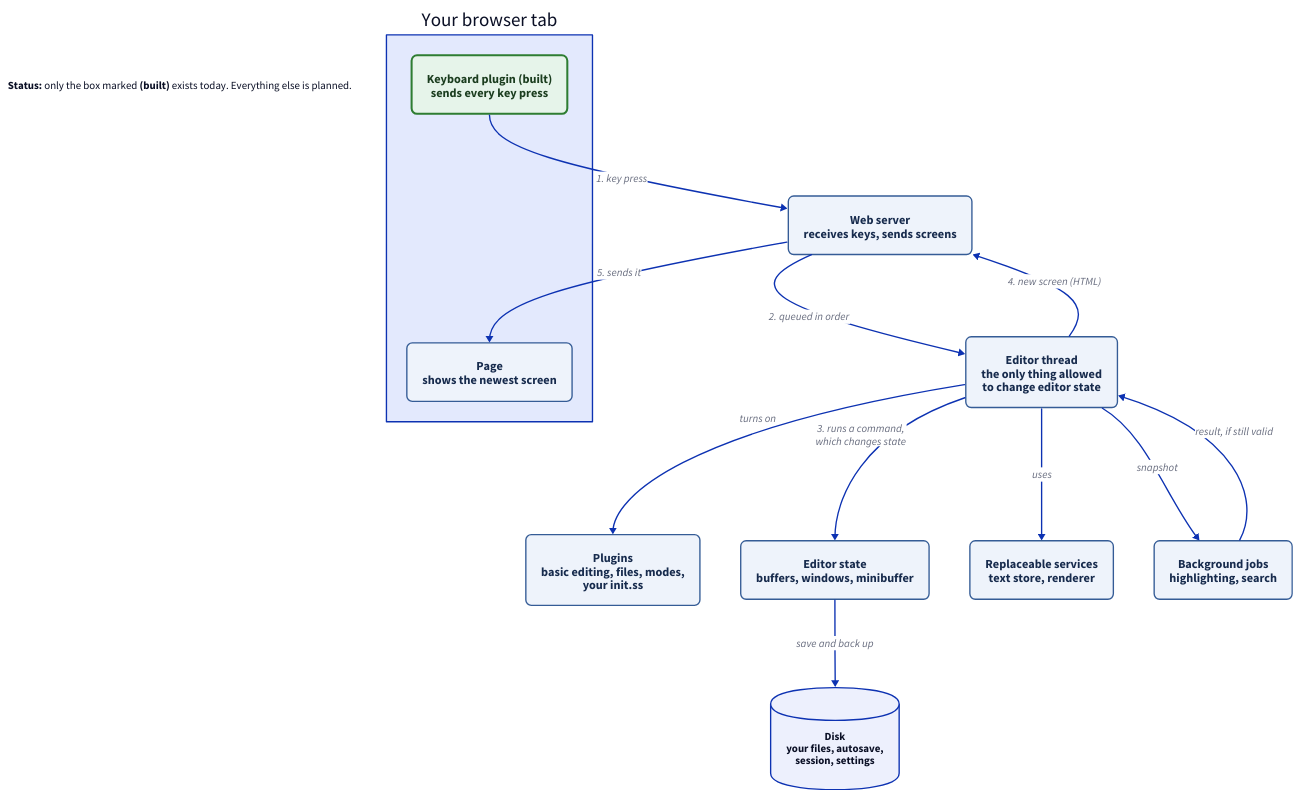
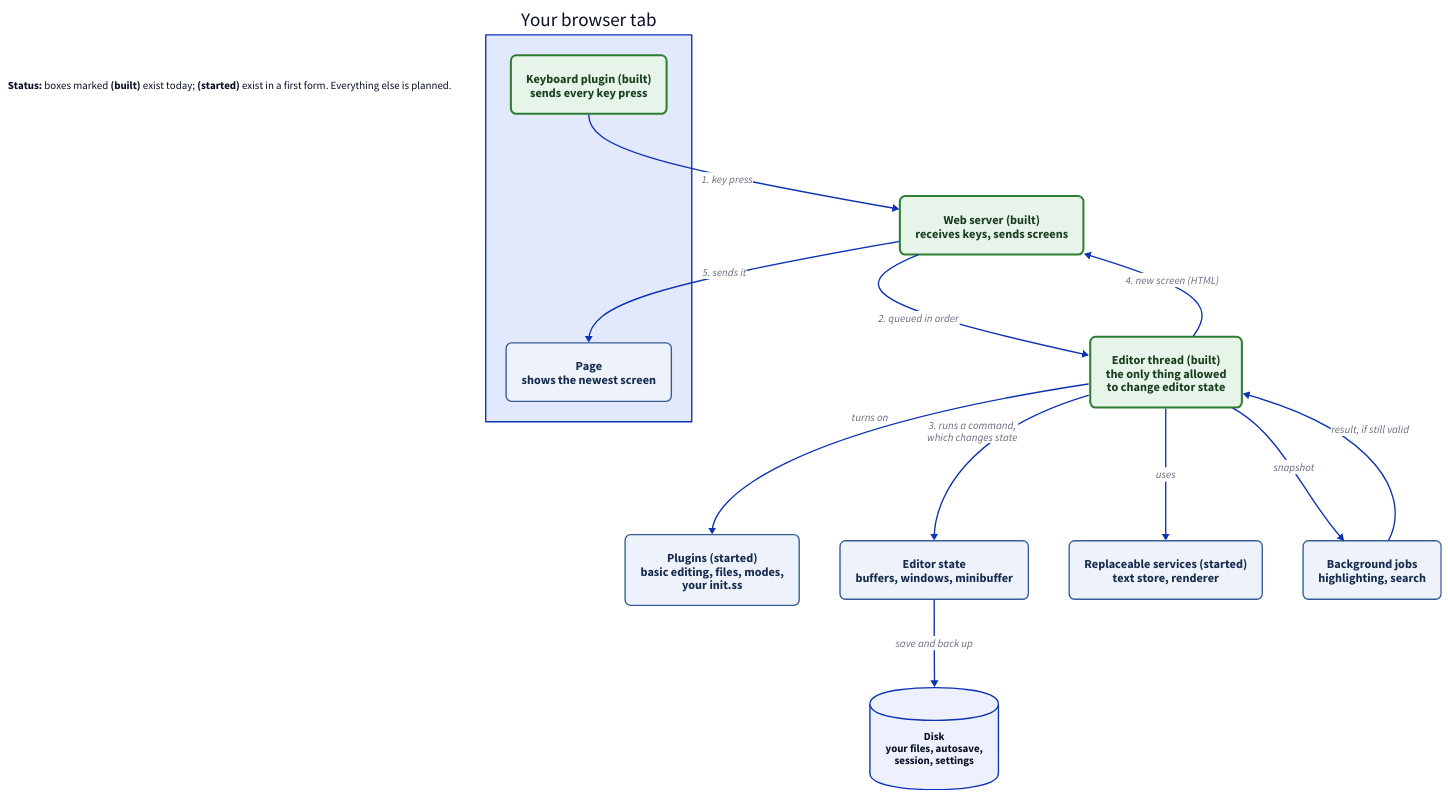
One commit to jaybonthius/tuna changed the diagram in docs/diagrams/big-picture.d2. Above: the diagram before and after it, drawn with D2. The commit also changed 6 other files, not shown here.

```diff
--- a/docs/diagrams/big-picture.d2
+++ b/docs/diagrams/big-picture.d2
@@ -1,60 +1,60 @@
 # What are the big parts of Tuna, and how do they talk?
 vars: {
   d2-config: {
     layout-engine: dagre
     theme-id: 0
   }
 }
 direction: down
 
 classes: {
   part: {
     style: {
       fill: "#eef3fb"
       stroke: "#355c96"
       font-color: "#172b4d"
       border-radius: 8
       font-size: 18
     }
   }
   built: {
     style: {
       fill: "#e6f4ea"
       stroke: "#2e7d32"
       font-color: "#1b3d1f"
       border-radius: 8
       stroke-width: 3
       font-size: 18
     }
   }
 }
 
 legend: |md
-  **Status:** only the box marked **(built)** exists today.
+  **Status:** boxes marked **(built)** exist today; **(started)** exist in a first form.
   Everything else is planned.
 |
 
 browser: Your browser tab {
   keys: Keyboard plugin (built)\nsends every key press {class: built}
   page: Page\nshows the newest screen {class: part}
 }
 
-plugins: Plugins\nbasic editing, files, modes,\nyour init.ss {class: part}
-web: Web server\nreceives keys, sends screens {class: part}
-editor: Editor thread\nthe only thing allowed\nto change editor state {class: part}
+plugins: Plugins (started)\nbasic editing, files, modes,\nyour init.ss {class: part}
+web: Web server (built)\nreceives keys, sends screens {class: built}
+editor: Editor thread (built)\nthe only thing allowed\nto change editor state {class: built}
 state: Editor state\nbuffers, windows, minibuffer {class: part}
-services: Replaceable services\ntext store, renderer {class: part}
+services: Replaceable services (started)\ntext store, renderer {class: part}
 jobs: Background jobs\nhighlighting, search {class: part}
 disk: Disk\nyour files, autosave,\nsession, settings {shape: cylinder}
 
 browser.keys -> web: 1. key press
 web -> editor: 2. queued in order
 editor -> state: 3. runs a command,\nwhich changes state
 editor -> web: 4. new screen (HTML)
 web -> browser.page: 5. sends it
 
 editor -> plugins: turns on
 editor -> services: uses
 editor -> jobs: snapshot
 jobs -> editor: result, if still valid
 state -> disk: save and back up
```
